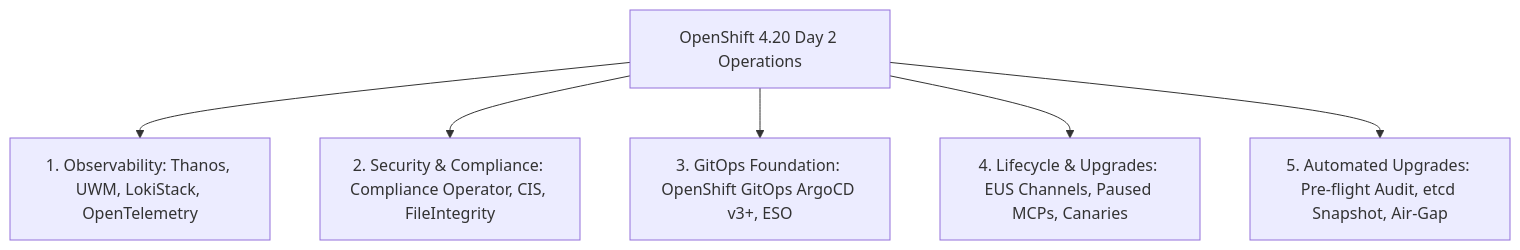
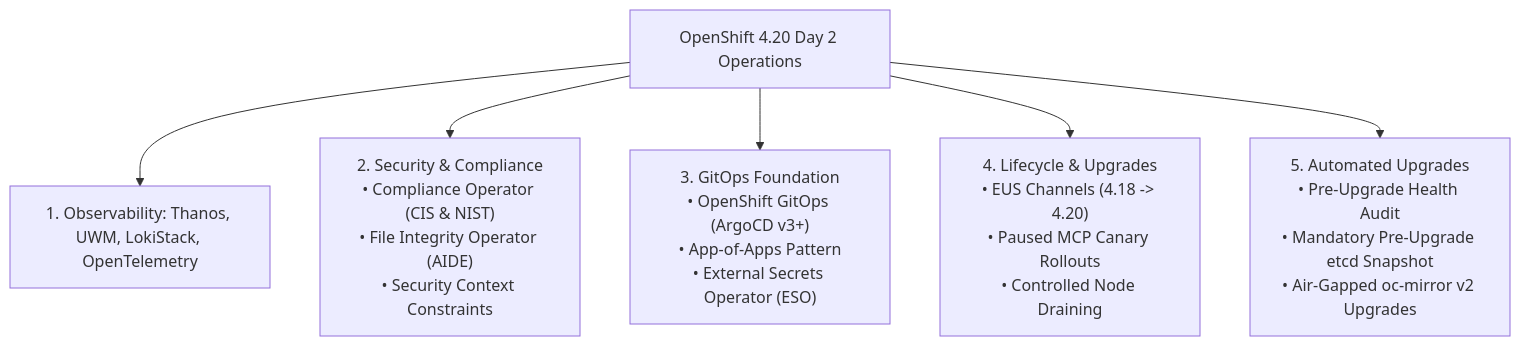
One commit to nubenetes/openshift-4-20-installation-day0-day2 changed the diagram in docs/07-day2-operations/README.md. Above: the diagram before and after it, drawn with Mermaid. The commit also changed 5 other files, not shown here.

Commit message:
style: optimize Mermaid decision tree and diagram node formatting across docs

````diff
--- a/docs/07-day2-operations/README.md
+++ b/docs/07-day2-operations/README.md
@@ -9,8 +9,8 @@
 ```mermaid
 flowchart TD
     D2[OpenShift 4.20 Day 2 Operations] --> Obs[1. Observability: Thanos, UWM, LokiStack, OpenTelemetry]
-    D2 --> Sec[2. Security & Compliance: Compliance Operator, CIS, FileIntegrity]
-    D2 --> GitOps[3. GitOps Foundation: OpenShift GitOps ArgoCD v3+, ESO]
-    D2 --> Upgrades[4. Lifecycle & Upgrades: EUS Channels, Paused MCPs, Canaries]
-    D2 --> AutoUpgrades[5. Automated Upgrades: Pre-flight Audit, etcd Snapshot, Air-Gap]
+    D2 --> Sec["2. Security & Compliance<br/>• Compliance Operator (CIS & NIST)<br/>• File Integrity Operator (AIDE)<br/>• Security Context Constraints"]
+    D2 --> GitOps["3. GitOps Foundation<br/>• OpenShift GitOps (ArgoCD v3+)<br/>• App-of-Apps Pattern<br/>• External Secrets Operator (ESO)"]
+    D2 --> Upgrades["4. Lifecycle & Upgrades<br/>• EUS Channels (4.18 -> 4.20)<br/>• Paused MCP Canary Rollouts<br/>• Controlled Node Draining"]
+    D2 --> AutoUpgrades["5. Automated Upgrades<br/>• Pre-Upgrade Health Audit<br/>• Mandatory Pre-Upgrade etcd Snapshot<br/>• Air-Gapped oc-mirror v2 Upgrades"]
 ```
````
